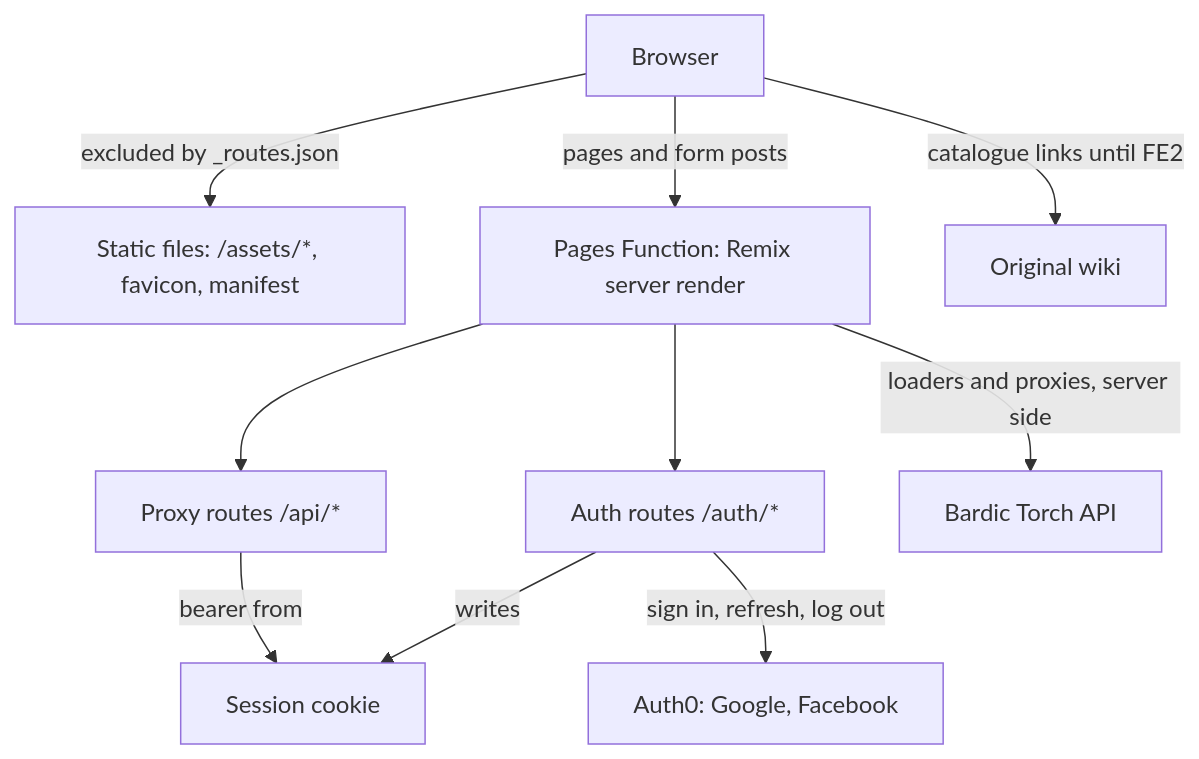
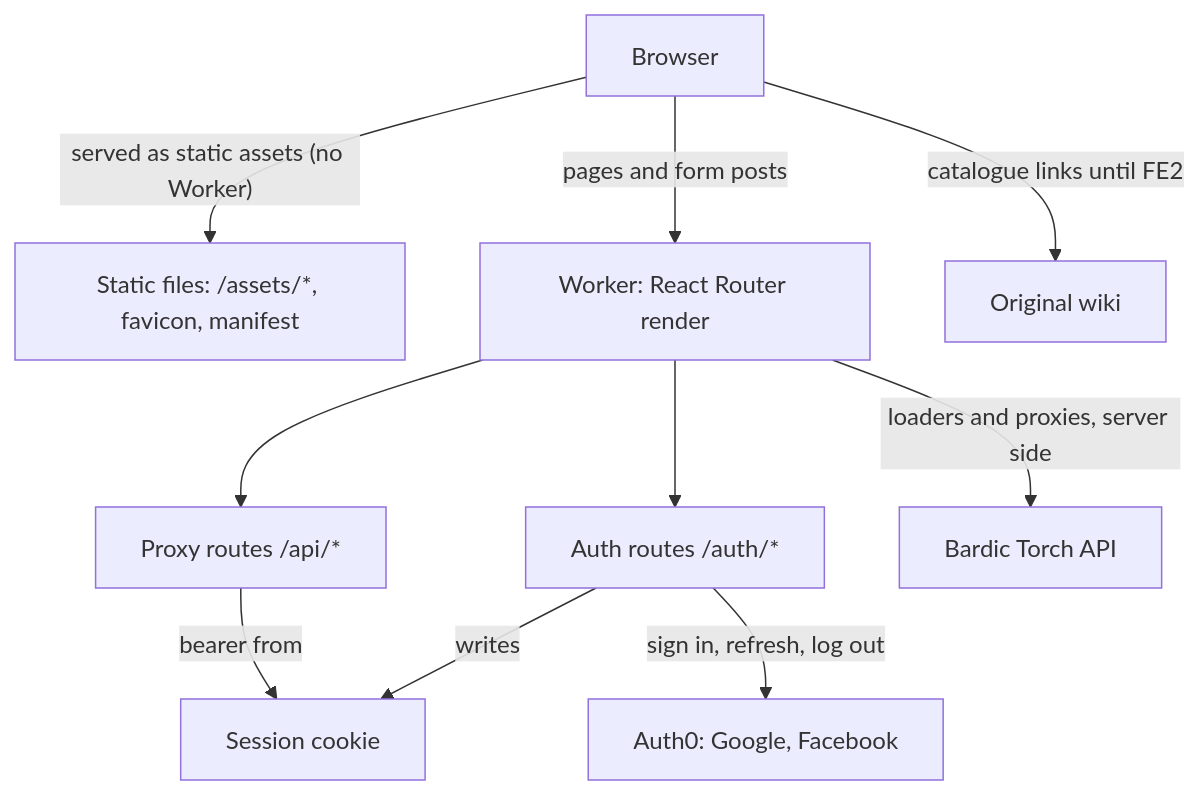
One commit to jbeshir/bardic-torch-fe changed the diagram in README.md. Above: the diagram before and after it, drawn with Mermaid. The commit also changed other lines of this file and 146 other files, not shown here.

````diff
--- a/README.md
+++ b/README.md
@@ -50,22 +50,22 @@
 ```mermaid
 flowchart TD
     Browser["Browser"]
     Static["Static files: /assets/*, favicon, manifest"]
-    Function["Pages Function: Remix server render"]
+    Worker["Worker: React Router render"]
     Proxy["Proxy routes /api/*"]
     Auth["Auth routes /auth/*"]
     Session["Session cookie"]
     Auth0["Auth0: Google, Facebook"]
     API["Bardic Torch API"]
     Wiki["Original wiki"]
 
-    Browser -- "excluded by _routes.json" --> Static
-    Browser -- "pages and form posts" --> Function
-    Function --> Proxy
-    Function --> Auth
+    Browser -- "served as static assets (no Worker)" --> Static
+    Browser -- "pages and form posts" --> Worker
+    Worker --> Proxy
+    Worker --> Auth
     Auth -- "sign in, refresh, log out" --> Auth0
     Auth -- "writes" --> Session
     Proxy -- "bearer from" --> Session
-    Function -- "loaders and proxies, server side" --> API
+    Worker -- "loaders and proxies, server side" --> API
     Browser -- "catalogue links until FE2" --> Wiki
 ```
````
